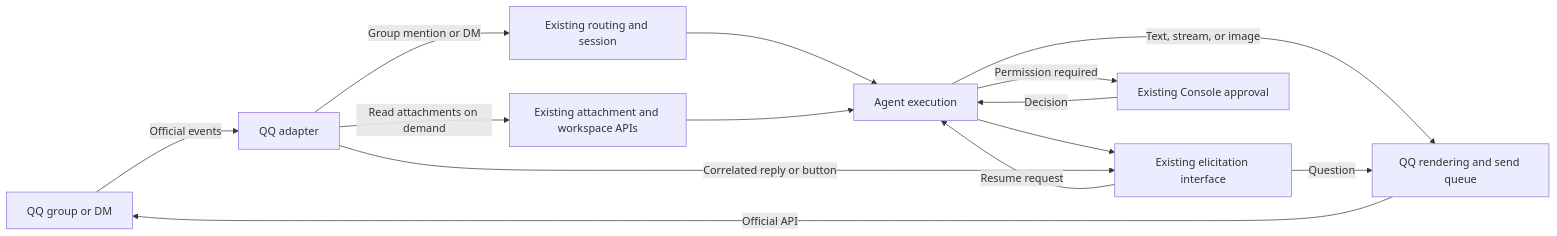
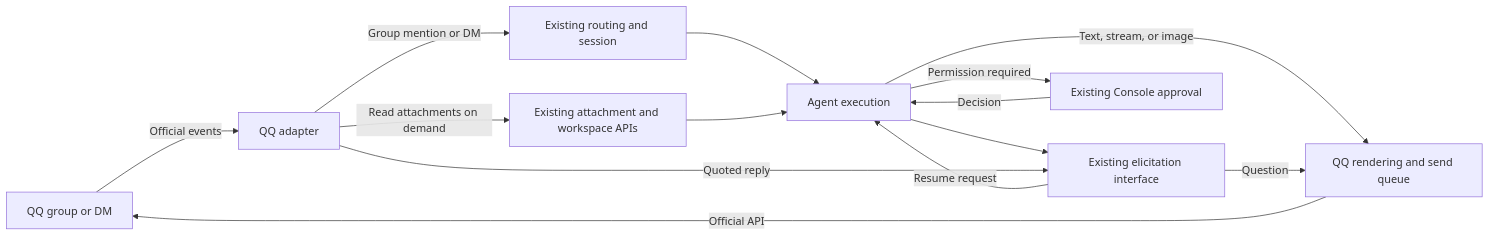
One commit to Harbor404/agentconnect changed the first of 2 diagrams in docs/designs/qq-integration.md. Above: the diagram before and after it, drawn with Mermaid. The commit also changed other lines of this file and 9 other files, not shown here.

First line of the commit message:
feat(daemon): answer QQ elicitations from a quoted reply (#2604)

````diff
--- a/docs/designs/qq-integration.md
+++ b/docs/designs/qq-integration.md
@@ -53,16 +53,16 @@
 ```mermaid
 flowchart LR
     Q[QQ group or DM] -->|Official events| X[QQ adapter]
     X -->|Group mention or DM| R[Existing routing and session]
     R --> A[Agent execution]
     X -->|Read attachments on demand| F[Existing attachment and workspace APIs]
     F --> A
     A -->|Text, stream, or image| O[QQ rendering and send queue]
     O -->|Official API| Q
     A --> E[Existing elicitation interface]
     E -->|Question| O
-    X -->|Correlated reply or button| E
+    X -->|Quoted reply| E
     E -->|Resume request| A
     A -->|Permission required| C[Existing Console approval]
     C -->|Decision| A
 ```
````
